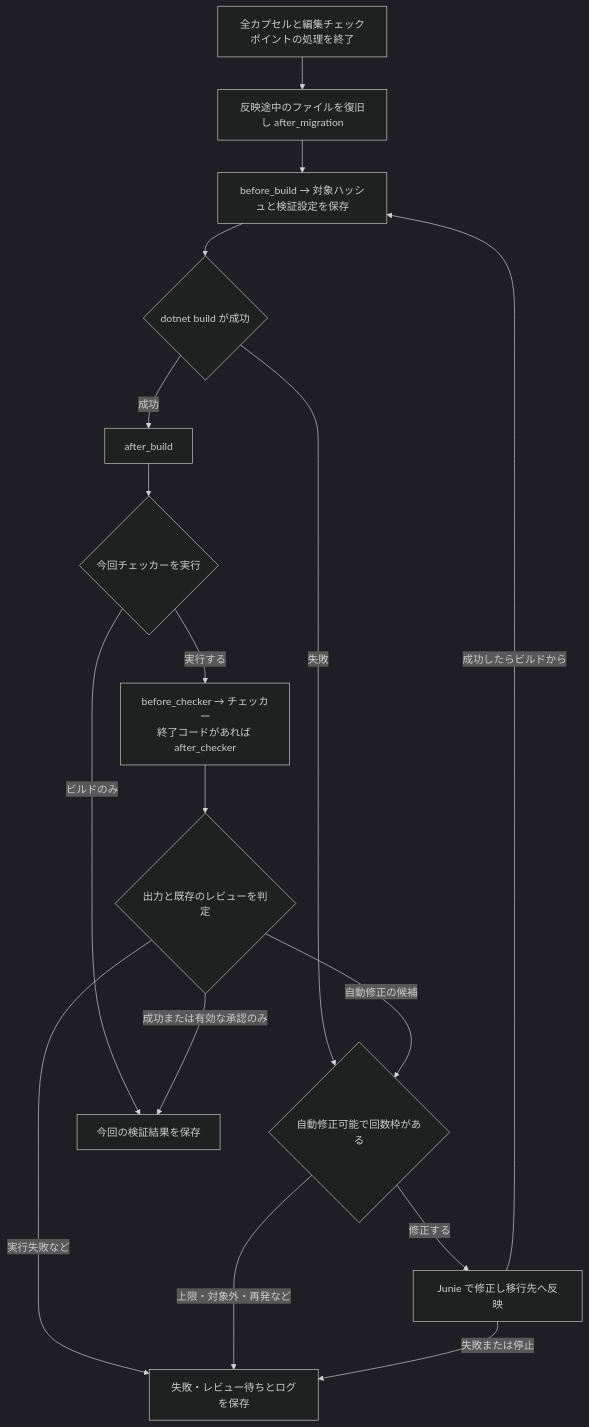
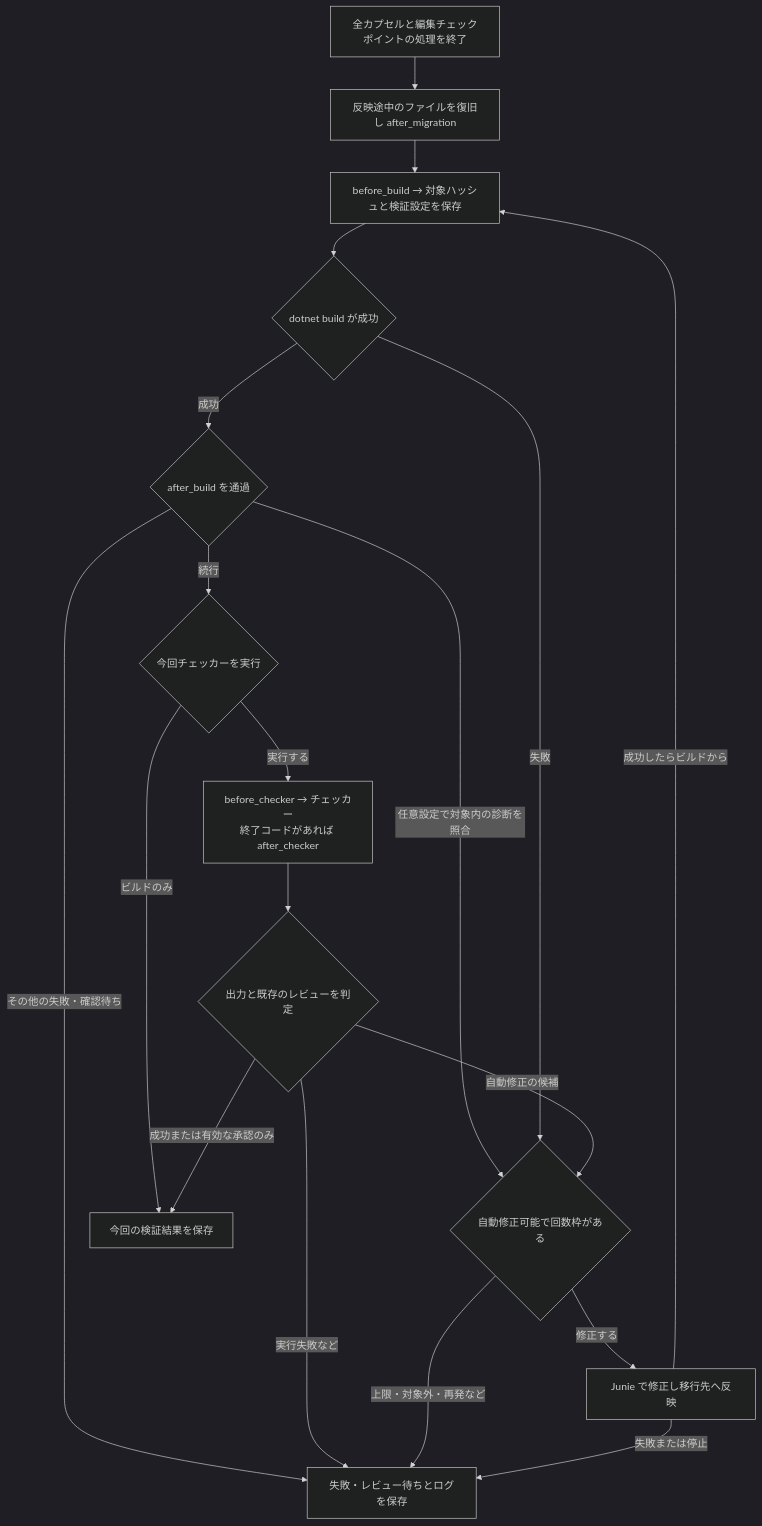
The sixth of 8 diagrams in docs/architecture.md (SSsan-00/moca), drawn with Mermaid (dark theme) before and after one commit. The commit also changed other lines of this file and 34 other files, not shown here.

````diff
--- a/docs/architecture.md
+++ b/docs/architecture.md
@@ -336,28 +336,31 @@
 ```mermaid
 flowchart TD
     Start["全カプセルと編集チェックポイントの処理を終了"]
     AfterMigration["反映途中のファイルを復旧し after_migration"]
     BeforeBuild["before_build → 対象ハッシュと検証設定を保存"]
     Build{"dotnet build が成功"}
-    AfterBuild["after_build"]
+    AfterBuild{"after_build を通過"}
     HasChecker{"今回チェッカーを実行"}
     RunChecker["before_checker → チェッカー<br/>終了コードがあれば after_checker"]
     Judge{"出力と既存のレビューを判定"}
     Repair{"自動修正可能で回数枠がある"}
     Apply["Junie で修正し移行先へ反映"]
     Hold["失敗・レビュー待ちとログを保存"]
     Done["今回の検証結果を保存"]
 
     Start --> AfterMigration --> BeforeBuild --> Build
-    Build -->|成功| AfterBuild --> HasChecker
+    Build -->|成功| AfterBuild
+    AfterBuild -->|続行| HasChecker
+    AfterBuild -->|任意設定で対象内の診断を照合| Repair
+    AfterBuild -->|その他の失敗・確認待ち| Hold
     Build -->|失敗| Repair
     HasChecker -->|実行する| RunChecker --> Judge
     HasChecker -->|ビルドのみ| Done
     Judge -->|成功または有効な承認のみ| Done
     Judge -->|自動修正の候補| Repair
     Judge -->|実行失敗など| Hold
     Repair -->|修正する| Apply
     Repair -->|上限・対象外・再発など| Hold
     Apply -->|成功したらビルドから| BeforeBuild
     Apply -->|失敗または停止| Hold
 ```
````
